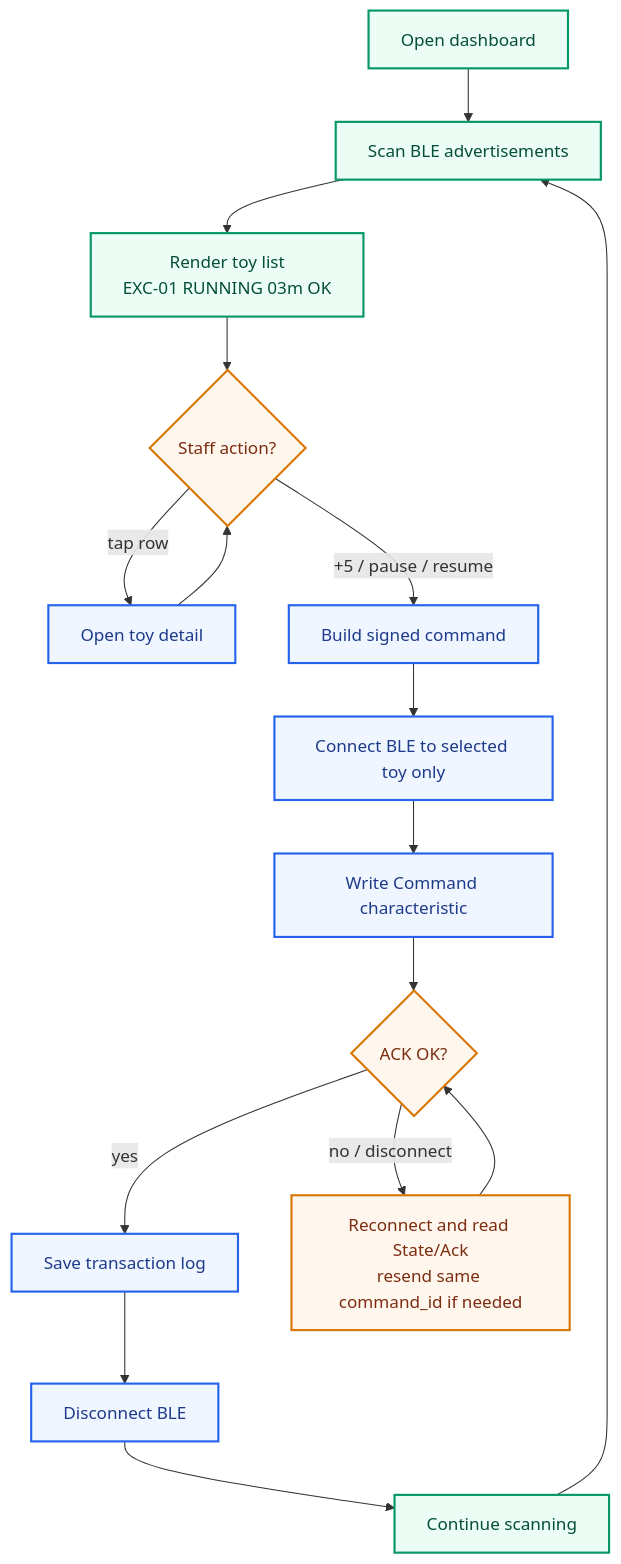
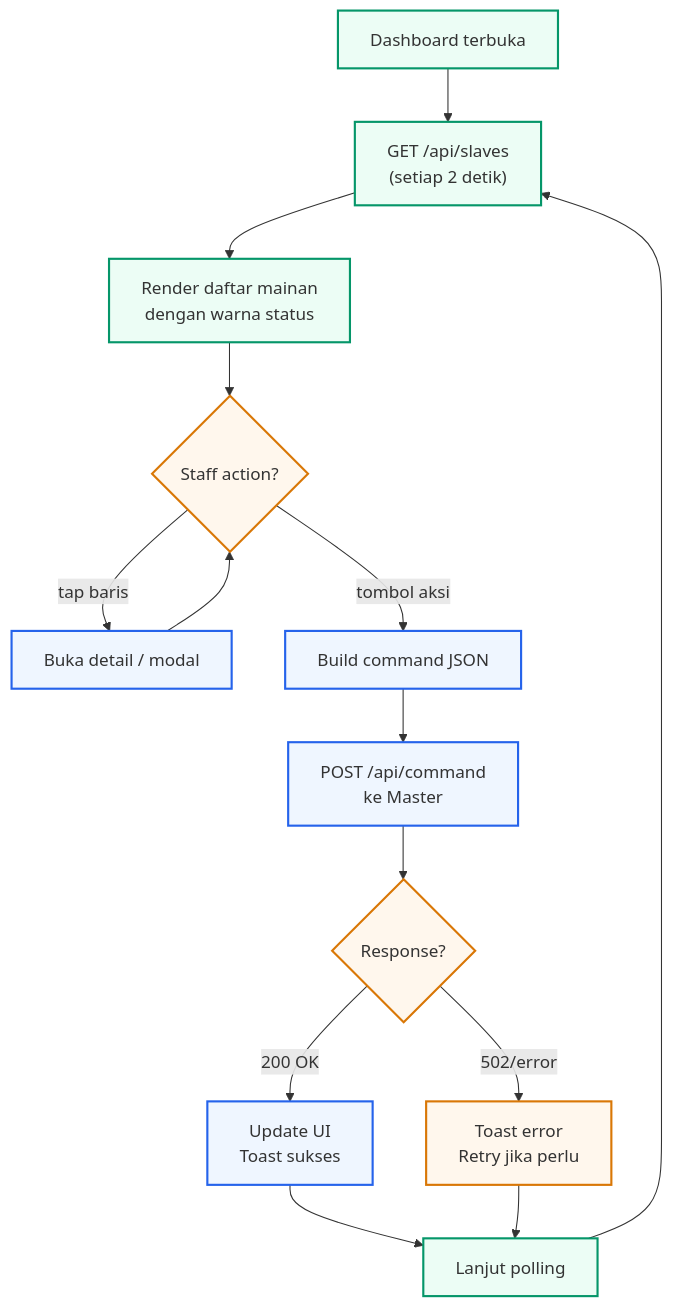
The sixth of 7 diagrams in docs/MERMAID_DIAGRAMS.md (trefeon/excavator-rental-timer), drawn with Mermaid before and after one commit. The commit also changed other lines of this file and 12 other files, not shown here.

Commit message:
feat: migrate from BLE direct to Wi-Fi Master-Slave architecture for excavator rental timer module

````diff
--- a/docs/MERMAID_DIAGRAMS.md
+++ b/docs/MERMAID_DIAGRAMS.md
@@ -160,30 +166,28 @@
 ```mermaid
 flowchart TD
-  open["Open dashboard"]
-  scan["Scan BLE advertisements"]
-  list["Render toy list<br/>EXC-01 RUNNING 03m OK"]
-  choose{"Staff action?"}
-  detail["Open toy detail"]
-  command["Build signed command"]
-  connect["Connect BLE to selected toy only"]
-  write["Write Command characteristic"]
-  ack{"ACK OK?"}
-  log["Save transaction log"]
-  retry["Reconnect and read State/Ack<br/>resend same command_id if needed"]
-  disconnect["Disconnect BLE"]
-  continue["Continue scanning"]
+  start["Dashboard terbuka"]
+  poll["GET /api/slaves<br/>(setiap 2 detik)"]
+  render["Render daftar mainan<br/>dengan warna status"]
+  action{"Staff action?"}
+  detail["Buka detail / modal"]
+  cmd["Build command JSON"]
+  send["POST /api/command<br/>ke Master"]
+  resp{"Response?"}
+  ok["Update UI<br/>Toast sukses"]
+  fail["Toast error<br/>Retry jika perlu"]
+  loop["Lanjut polling"]
 
-  open --> scan --> list --> choose
-  choose -->|tap row| detail --> choose
-  choose -->|+5 / pause / resume| command --> connect --> write --> ack
-  ack -->|yes| log --> disconnect --> continue --> scan
-  ack -->|no / disconnect| retry --> ack
+  start --> poll --> render --> action
+  action -->|tap baris| detail --> action
+  action -->|tombol aksi| cmd --> send --> resp
+  resp -->|200 OK| ok --> loop --> poll
+  resp -->|502/error| fail --> loop
 
-  classDef good fill:#ecfdf5,stroke:#059669,stroke-width:2px,color:#064e3b;
-  classDef action fill:#eff6ff,stroke:#2563eb,stroke-width:2px,color:#1e3a8a;
-  classDef warn fill:#fff7ed,stroke:#d97706,stroke-width:2px,color:#7c2d12;
+  classDef good fill:#ecfdf5,stroke:#059669,stroke-width:2px
+  classDef action fill:#eff6ff,stroke:#2563eb,stroke-width:2px
+  classDef warn fill:#fff7ed,stroke:#d97706,stroke-width:2px
 
-  class open,scan,list,continue good;
-  class detail,command,connect,write,log,disconnect action;
-  class choose,ack,retry warn;
+  class start,poll,render,loop good
+  class detail,cmd,send,ok action
+  class action,resp,fail warn
 ```
````
